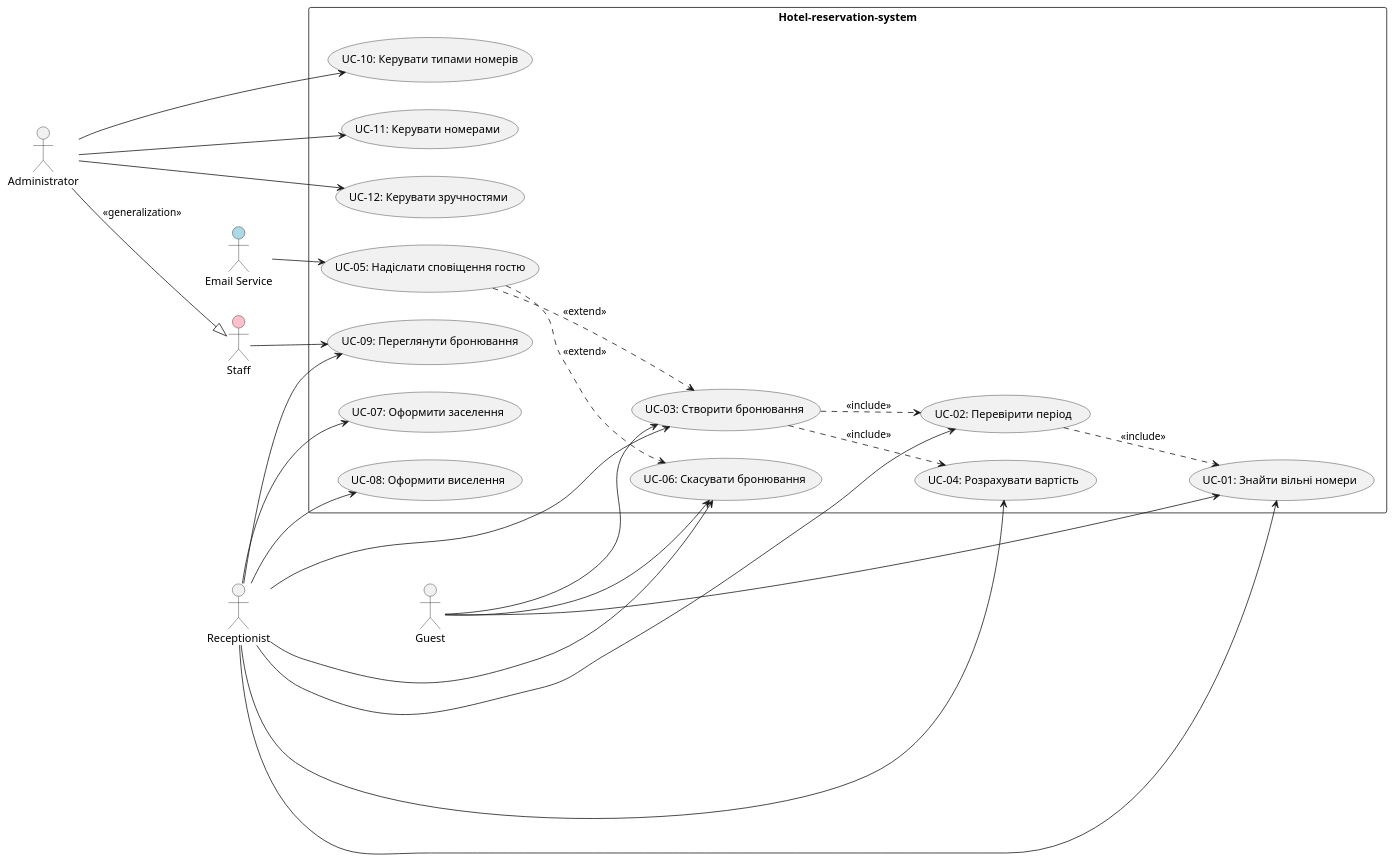
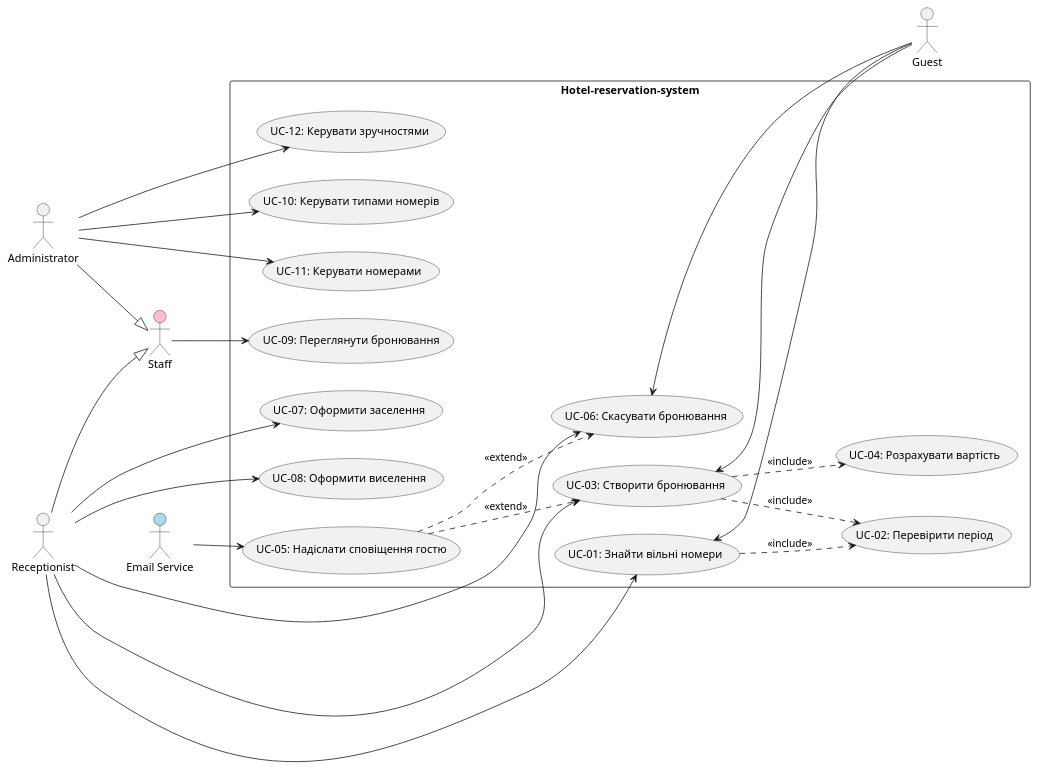
One commit to MrhyveR/Hotel-reservation-system changed the diagram in Lab2/use-case.puml. Above: the diagram before and after it, drawn with PlantUML. The commit also changed 8 other files, not shown here.

```diff
--- a/Lab2/use-case.puml
+++ b/Lab2/use-case.puml
@@ -1,54 +1,52 @@
 @startuml
 left to right direction
 skinparam packageStyle rectangle
 
 actor Guest as "Guest"
 actor Receptionist as "Receptionist"
 actor Administrator as "Administrator"
 actor Staff as "Staff" #pink
 actor "Email Service" as EmailService #lightblue
 
-Administrator --|> Staff : <<generalization>>
+Receptionist --|> Staff
+Administrator --|> Staff
 
 rectangle "Hotel-reservation-system" {
   usecase "UC-01: Знайти вільні номери" as UC1
   usecase "UC-02: Перевірити період" as UC2
   usecase "UC-03: Створити бронювання" as UC3
   usecase "UC-04: Розрахувати вартість" as UC4
   usecase "UC-05: Надіслати сповіщення гостю" as UC5
   usecase "UC-06: Скасувати бронювання" as UC6
   usecase "UC-07: Оформити заселення" as UC7
   usecase "UC-08: Оформити виселення" as UC8
   usecase "UC-09: Переглянути бронювання" as UC9
   usecase "UC-10: Керувати типами номерів" as UC10
   usecase "UC-11: Керувати номерами" as UC11
   usecase "UC-12: Керувати зручностями" as UC12
 }
 
-Guest --> UC1
-Guest --> UC3
-Guest --> UC6
+UC1 <-- Guest
+UC3 <-- Guest
+UC6 <-- Guest
 
 Receptionist --> UC1
-Receptionist --> UC2
 Receptionist --> UC3
-Receptionist --> UC4
 Receptionist --> UC6
 Receptionist --> UC7
 Receptionist --> UC8
-Receptionist --> UC9
 
 Administrator --> UC10
 Administrator --> UC11
 Administrator --> UC12
 
 Staff --> UC9
 
 EmailService --> UC5
 
-UC2 ..> UC1 : <<include>>
+UC1 ..> UC2 : <<include>>
 UC3 ..> UC2 : <<include>>
 UC3 ..> UC4 : <<include>>
 UC5 ..> UC3 : <<extend>>
 UC5 ..> UC6 : <<extend>>
 @enduml
```
